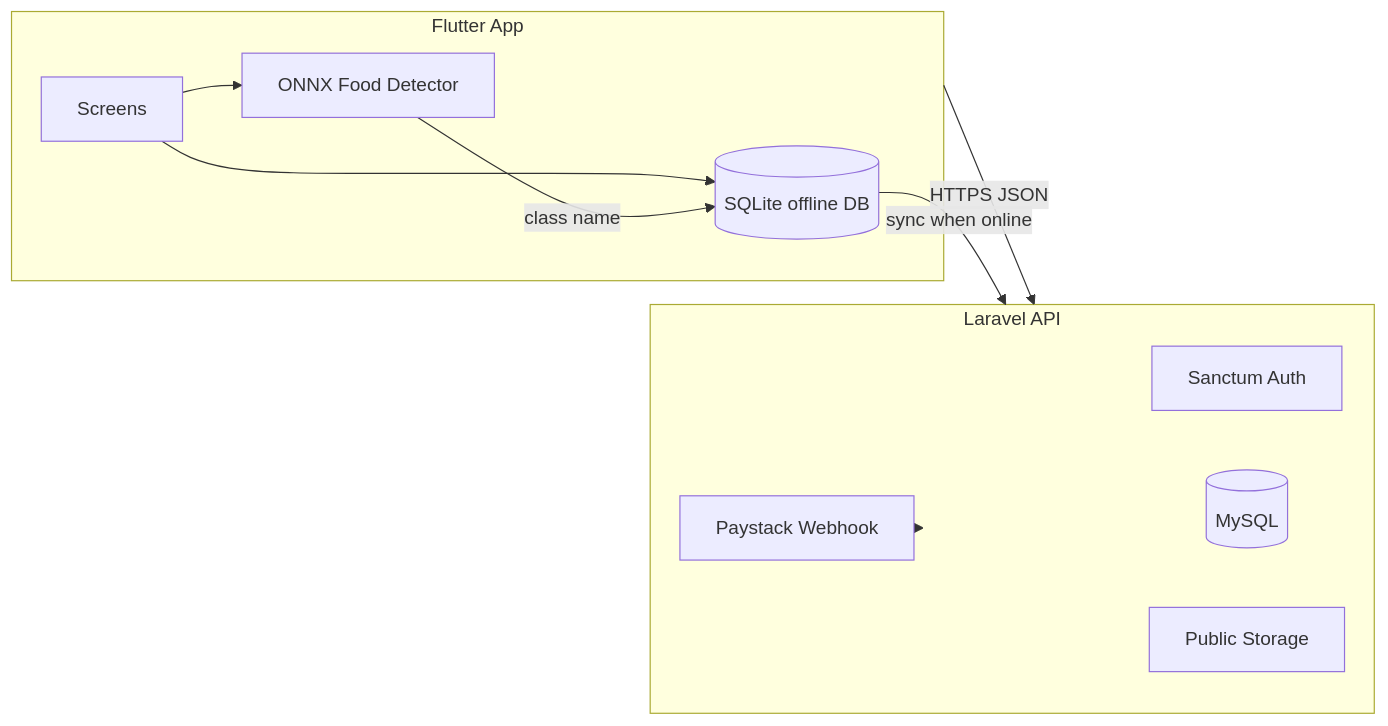
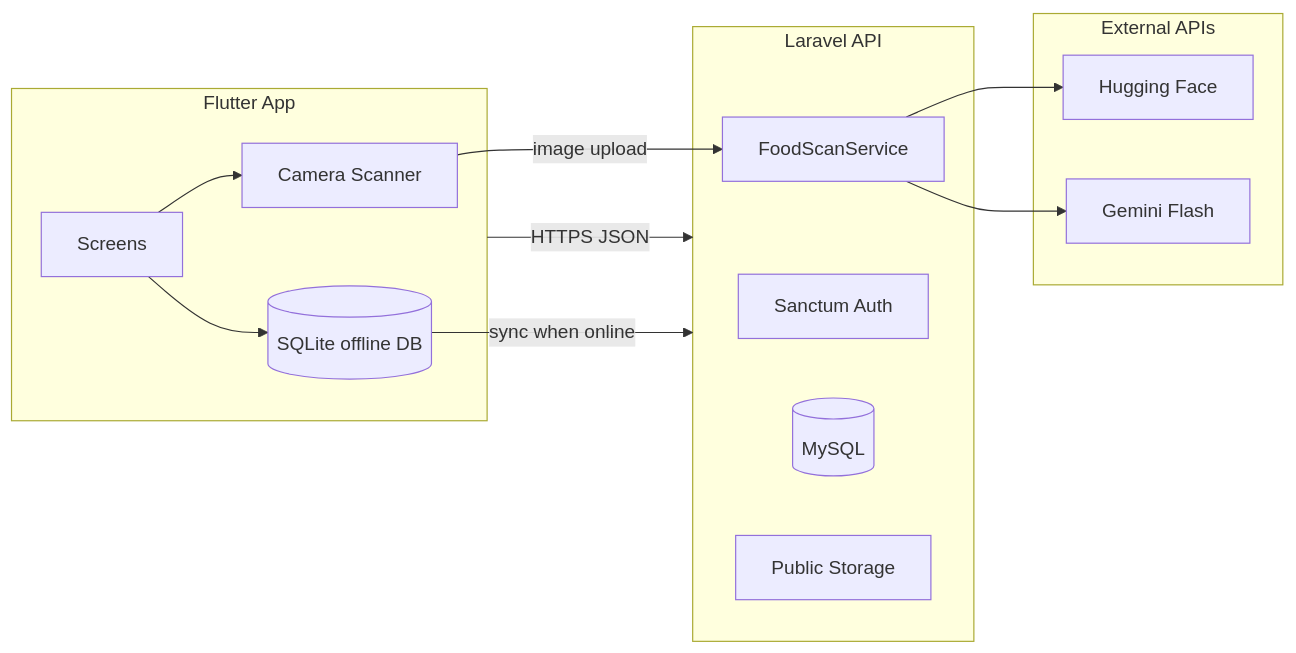
One commit to reginaldtesla/AkwaabaFit_AI changed the diagram in README.md. Above: the diagram before and after it, drawn with Mermaid. The commit also changed other lines of this file, not shown here.

````diff
--- a/README.md
+++ b/README.md
@@ -128,20 +124,25 @@
 ```mermaid
 flowchart LR
   subgraph mobile [Flutter App]
-    ONNX[ONNX Food Detector]
-    SQLite[(SQLite offline DB)]
-    UI[Screens]
-    UI --> ONNX
-    UI --> SQLite
+  Camera[Camera Scanner]
+  SQLite[(SQLite offline DB)]
+  UI[Screens]
+  UI --> Camera
+  UI --> SQLite
   end
   subgraph api [Laravel API]
-    Sanctum[Sanctum Auth]
-    DB[(MySQL)]
-    Storage[Public Storage]
-    Paystack[Paystack Webhook]
+  Sanctum[Sanctum Auth]
+  Scan[FoodScanService]
+  DB[(MySQL)]
+  Storage[Public Storage]
+  end
+  subgraph cloud [External APIs]
+  HF[Hugging Face]
+  Gemini[Gemini Flash]
   end
   mobile -->|HTTPS JSON| api
-  ONNX -->|class name| SQLite
+  Camera -->|image upload| Scan
+  Scan --> HF
+  Scan --> Gemini
   SQLite -->|sync when online| api
-  Paystack --> api
 ```
````
